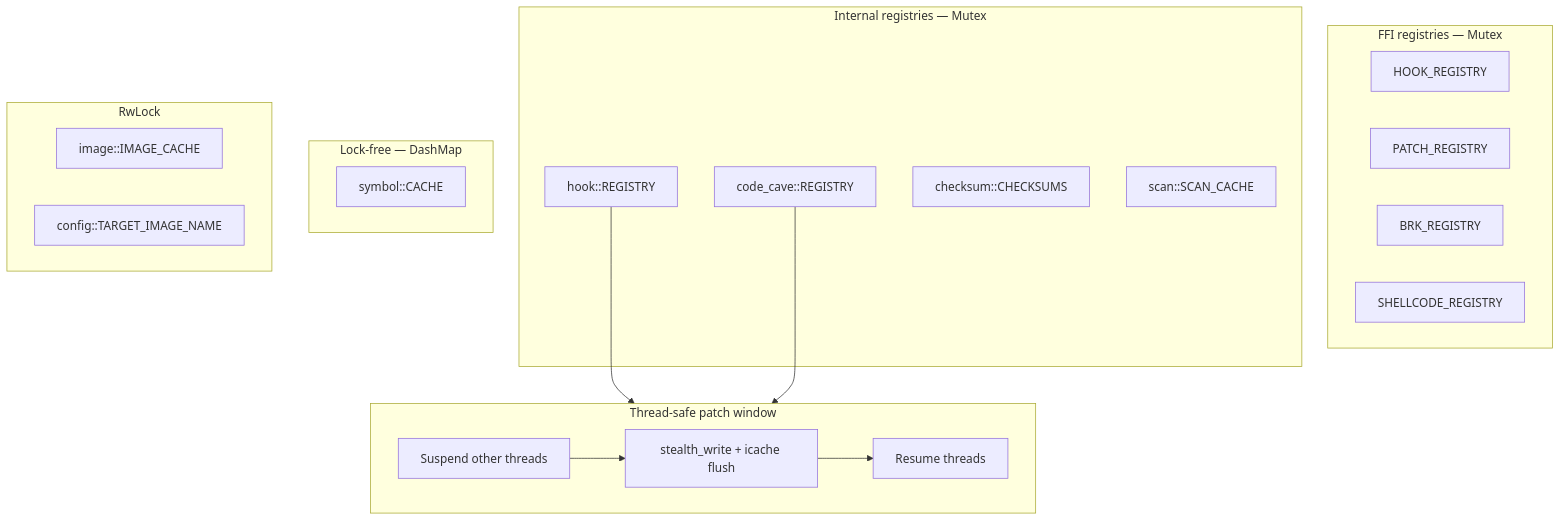
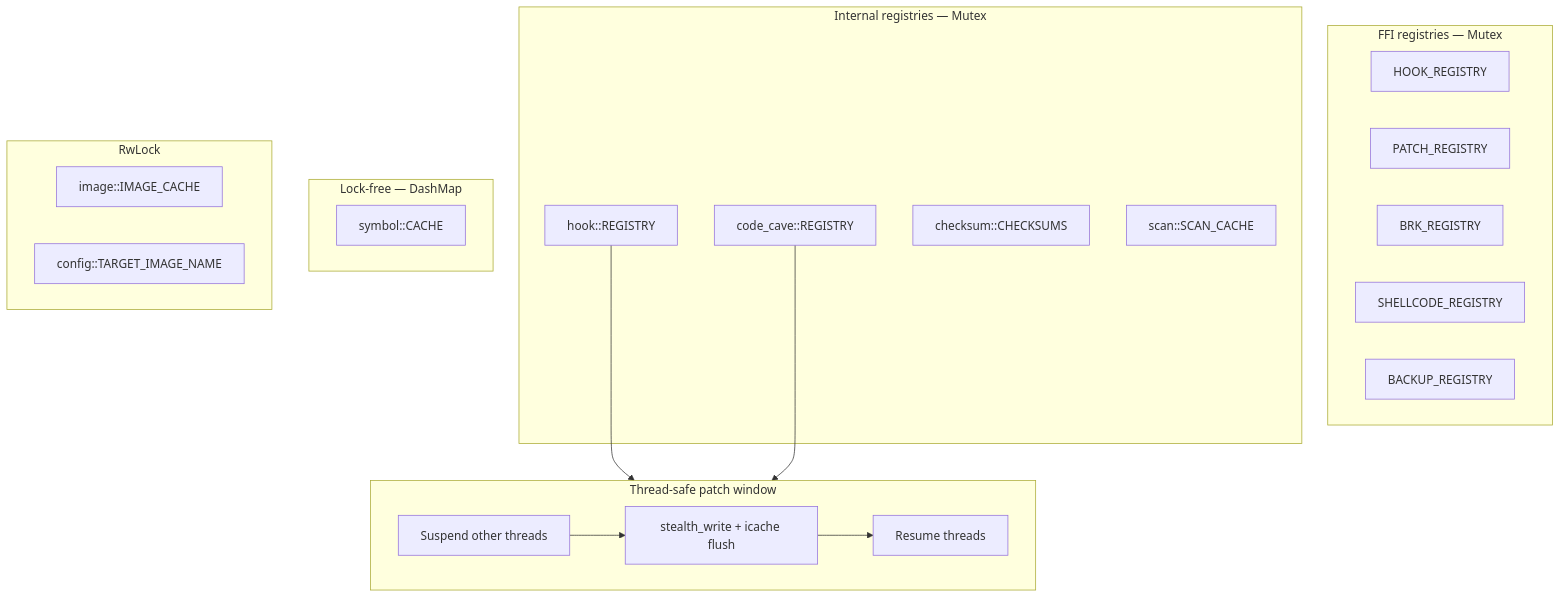
Diagram 20 of 21 in docs/architecture.md (Batchhh/libspecter), drawn with Mermaid before and after one commit. The commit also changed other lines of this file and 11 other files, not shown here.

````diff
--- a/docs/architecture.md
+++ b/docs/architecture.md
@@ -519,32 +519,33 @@
 ```mermaid
 flowchart TD
     subgraph FFI[FFI registries — Mutex]
         HR[HOOK_REGISTRY]
         PR[PATCH_REGISTRY]
         BR[BRK_REGISTRY]
         SR[SHELLCODE_REGISTRY]
+        BKR[BACKUP_REGISTRY]
     end
 
     subgraph Internal[Internal registries — Mutex]
         HookReg[hook::REGISTRY]
         CaveReg[code_cave::REGISTRY]
         CRCReg[checksum::CHECKSUMS]
         ScanCache[scan::SCAN_CACHE]
     end
 
     subgraph LockFree[Lock-free — DashMap]
         SC[symbol::CACHE]
     end
 
     subgraph RWL[RwLock]
         IC[image::IMAGE_CACHE]
         TC[config::TARGET_IMAGE_NAME]
     end
 
     subgraph PatchWindow[Thread-safe patch window]
         direction LR
         Susp[Suspend other threads] --> Write[stealth_write + icache flush] --> Res[Resume threads]
     end
 
     HookReg & CaveReg --> PatchWindow
 ```
````
